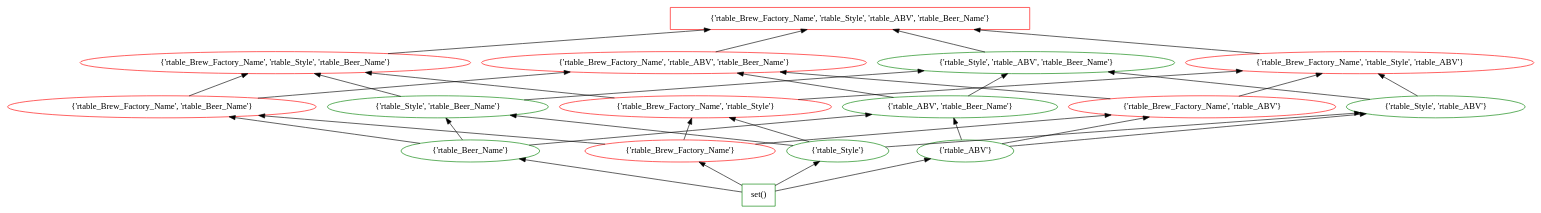
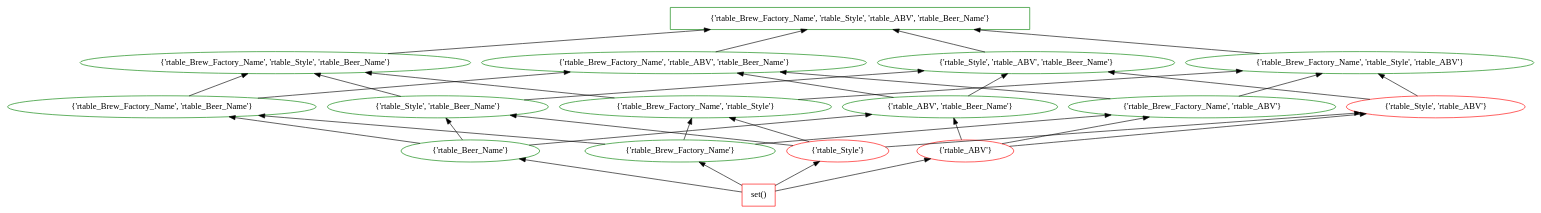
One commit to tteofili/certem changed the diagram in data/beers/dm/4/lattice_9.dot. Above: the diagram before and after it, drawn with Graphviz. The commit also changed 561 other files, not shown here.

```diff
--- a/data/beers/dm/4/lattice_9.dot
+++ b/data/beers/dm/4/lattice_9.dot
@@ -1,54 +1,54 @@
 digraph G {
 splines="line"
 rankdir=BT
 "{'rtable_Brew_Factory_Name', 'rtable_Style', 'rtable_ABV', 'rtable_Beer_Name'}" [shape=box];
 "set()" [shape=box];
-"set()" [color=green];
+"set()" [color=red];
 "set()" -> "{'rtable_Beer_Name'}";
 "set()" -> "{'rtable_Brew_Factory_Name'}";
 "set()" -> "{'rtable_Style'}";
 "set()" -> "{'rtable_ABV'}";
 "{'rtable_Beer_Name'}" [color=green];
 "{'rtable_Beer_Name'}" -> "{'rtable_Brew_Factory_Name', 'rtable_Beer_Name'}";
 "{'rtable_Beer_Name'}" -> "{'rtable_Style', 'rtable_Beer_Name'}";
 "{'rtable_Beer_Name'}" -> "{'rtable_ABV', 'rtable_Beer_Name'}";
-"{'rtable_Brew_Factory_Name'}" [color=red];
+"{'rtable_Brew_Factory_Name'}" [color=green];
 "{'rtable_Brew_Factory_Name'}" -> "{'rtable_Brew_Factory_Name', 'rtable_Beer_Name'}";
 "{'rtable_Brew_Factory_Name'}" -> "{'rtable_Brew_Factory_Name', 'rtable_Style'}";
 "{'rtable_Brew_Factory_Name'}" -> "{'rtable_Brew_Factory_Name', 'rtable_ABV'}";
-"{'rtable_Style'}" [color=green];
+"{'rtable_Style'}" [color=red];
 "{'rtable_Style'}" -> "{'rtable_Style', 'rtable_Beer_Name'}";
 "{'rtable_Style'}" -> "{'rtable_Brew_Factory_Name', 'rtable_Style'}";
 "{'rtable_Style'}" -> "{'rtable_Style', 'rtable_ABV'}";
-"{'rtable_ABV'}" [color=green];
+"{'rtable_ABV'}" [color=red];
 "{'rtable_ABV'}" -> "{'rtable_ABV', 'rtable_Beer_Name'}";
 "{'rtable_ABV'}" -> "{'rtable_Brew_Factory_Name', 'rtable_ABV'}";
 "{'rtable_ABV'}" -> "{'rtable_Style', 'rtable_ABV'}";
-"{'rtable_Brew_Factory_Name', 'rtable_Beer_Name'}" [color=red];
+"{'rtable_Brew_Factory_Name', 'rtable_Beer_Name'}" [color=green];
 "{'rtable_Brew_Factory_Name', 'rtable_Beer_Name'}" -> "{'rtable_Brew_Factory_Name', 'rtable_Style', 'rtable_Beer_Name'}";
 "{'rtable_Brew_Factory_Name', 'rtable_Beer_Name'}" -> "{'rtable_Brew_Factory_Name', 'rtable_ABV', 'rtable_Beer_Name'}";
 "{'rtable_Style', 'rtable_Beer_Name'}" [color=green];
 "{'rtable_Style', 'rtable_Beer_Name'}" -> "{'rtable_Brew_Factory_Name', 'rtable_Style', 'rtable_Beer_Name'}";
 "{'rtable_Style', 'rtable_Beer_Name'}" -> "{'rtable_Style', 'rtable_ABV', 'rtable_Beer_Name'}";
 "{'rtable_ABV', 'rtable_Beer_Name'}" [color=green];
 "{'rtable_ABV', 'rtable_Beer_Name'}" -> "{'rtable_Brew_Factory_Name', 'rtable_ABV', 'rtable_Beer_Name'}";
 "{'rtable_ABV', 'rtable_Beer_Name'}" -> "{'rtable_Style', 'rtable_ABV', 'rtable_Beer_Name'}";
-"{'rtable_Brew_Factory_Name', 'rtable_Style'}" [color=red];
+"{'rtable_Brew_Factory_Name', 'rtable_Style'}" [color=green];
 "{'rtable_Brew_Factory_Name', 'rtable_Style'}" -> "{'rtable_Brew_Factory_Name', 'rtable_Style', 'rtable_Beer_Name'}";
 "{'rtable_Brew_Factory_Name', 'rtable_Style'}" -> "{'rtable_Brew_Factory_Name', 'rtable_Style', 'rtable_ABV'}";
-"{'rtable_Brew_Factory_Name', 'rtable_ABV'}" [color=red];
+"{'rtable_Brew_Factory_Name', 'rtable_ABV'}" [color=green];
 "{'rtable_Brew_Factory_Name', 'rtable_ABV'}" -> "{'rtable_Brew_Factory_Name', 'rtable_ABV', 'rtable_Beer_Name'}";
 "{'rtable_Brew_Factory_Name', 'rtable_ABV'}" -> "{'rtable_Brew_Factory_Name', 'rtable_Style', 'rtable_ABV'}";
-"{'rtable_Style', 'rtable_ABV'}" [color=green];
+"{'rtable_Style', 'rtable_ABV'}" [color=red];
 "{'rtable_Style', 'rtable_ABV'}" -> "{'rtable_Style', 'rtable_ABV', 'rtable_Beer_Name'}";
 "{'rtable_Style', 'rtable_ABV'}" -> "{'rtable_Brew_Factory_Name', 'rtable_Style', 'rtable_ABV'}";
-"{'rtable_Brew_Factory_Name', 'rtable_Style', 'rtable_Beer_Name'}" [color=red];
+"{'rtable_Brew_Factory_Name', 'rtable_Style', 'rtable_Beer_Name'}" [color=green];
 "{'rtable_Brew_Factory_Name', 'rtable_Style', 'rtable_Beer_Name'}" -> "{'rtable_Brew_Factory_Name', 'rtable_Style', 'rtable_ABV', 'rtable_Beer_Name'}";
-"{'rtable_Brew_Factory_Name', 'rtable_ABV', 'rtable_Beer_Name'}" [color=red];
+"{'rtable_Brew_Factory_Name', 'rtable_ABV', 'rtable_Beer_Name'}" [color=green];
 "{'rtable_Brew_Factory_Name', 'rtable_ABV', 'rtable_Beer_Name'}" -> "{'rtable_Brew_Factory_Name', 'rtable_Style', 'rtable_ABV', 'rtable_Beer_Name'}";
 "{'rtable_Style', 'rtable_ABV', 'rtable_Beer_Name'}" [color=green];
 "{'rtable_Style', 'rtable_ABV', 'rtable_Beer_Name'}" -> "{'rtable_Brew_Factory_Name', 'rtable_Style', 'rtable_ABV', 'rtable_Beer_Name'}";
-"{'rtable_Brew_Factory_Name', 'rtable_Style', 'rtable_ABV'}" [color=red];
+"{'rtable_Brew_Factory_Name', 'rtable_Style', 'rtable_ABV'}" [color=green];
 "{'rtable_Brew_Factory_Name', 'rtable_Style', 'rtable_ABV'}" -> "{'rtable_Brew_Factory_Name', 'rtable_Style', 'rtable_ABV', 'rtable_Beer_Name'}";
-"{'rtable_Brew_Factory_Name', 'rtable_Style', 'rtable_ABV', 'rtable_Beer_Name'}" [color=red];
+"{'rtable_Brew_Factory_Name', 'rtable_Style', 'rtable_ABV', 'rtable_Beer_Name'}" [color=green];
 }
```
